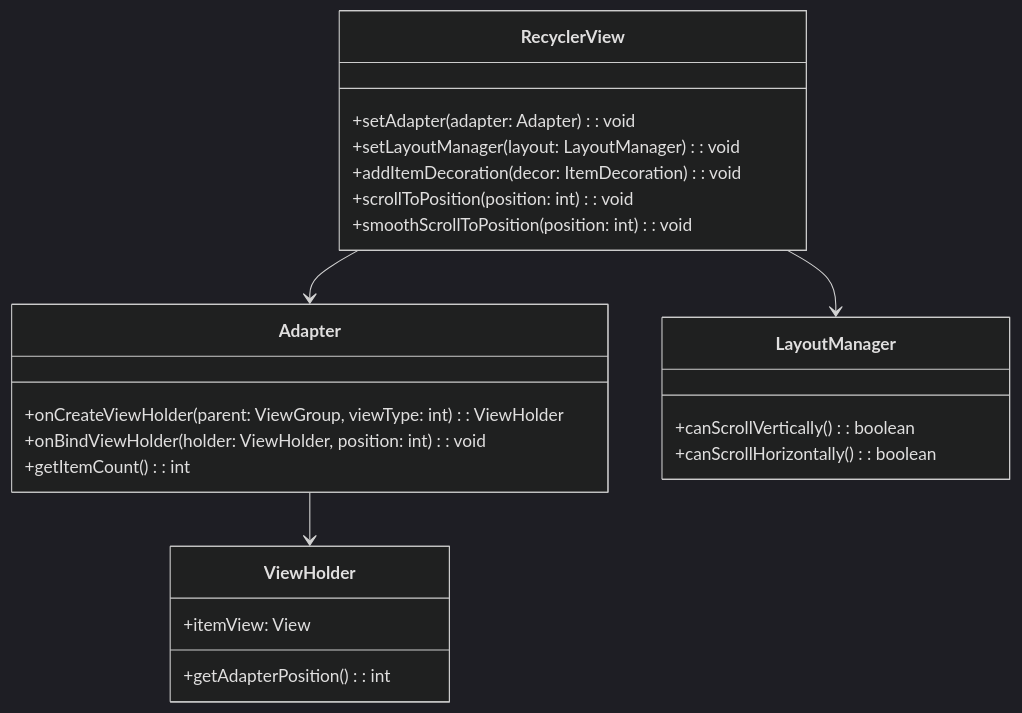
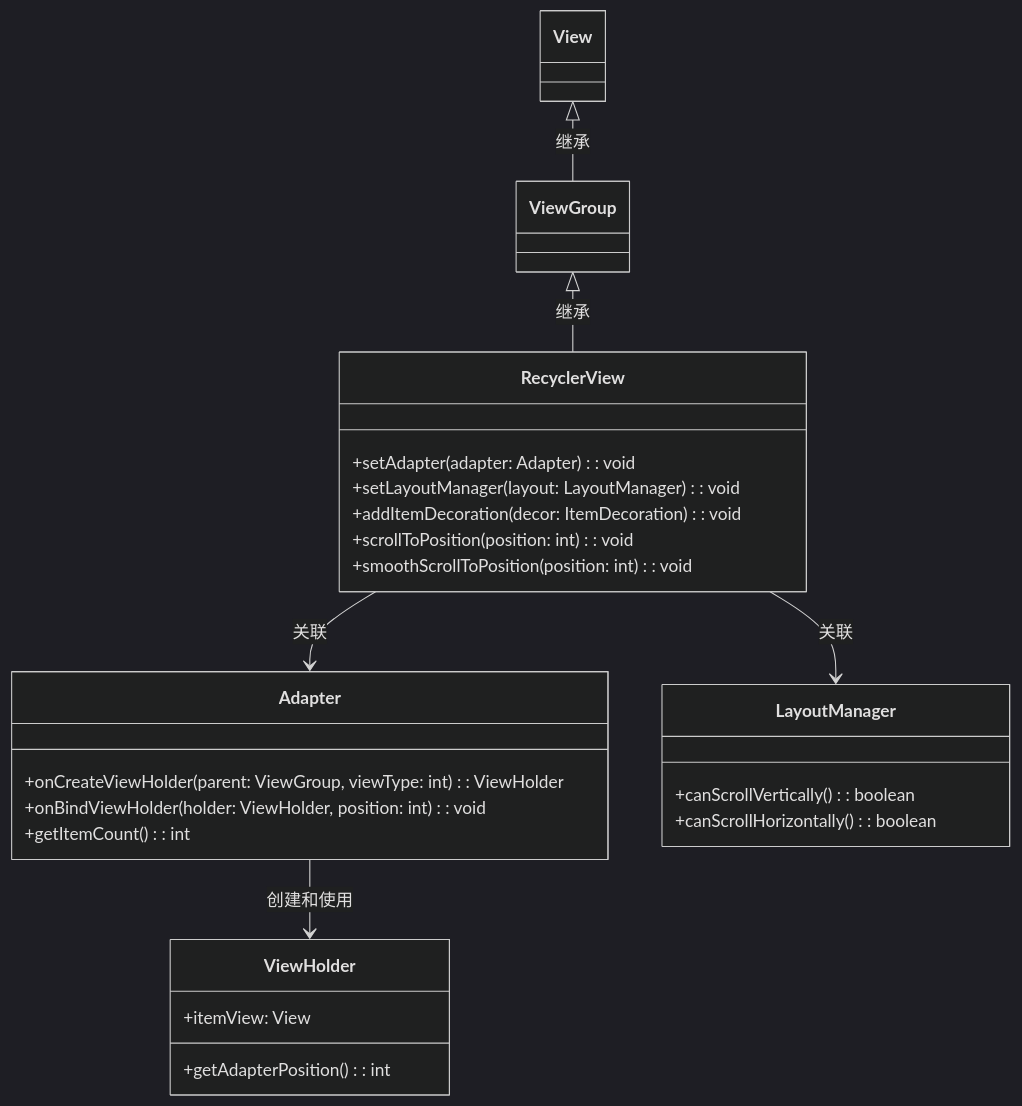
Before and after one commit to hyh19/ai: the diagram in prompts/android_kotlin_api_analysis_prompt_output.md, drawn with Mermaid (dark theme). The commit also changed other lines of this file and 1 other file, not shown here.

````diff
--- a/prompts/android_kotlin_api_analysis_prompt_output.md
+++ b/prompts/android_kotlin_api_analysis_prompt_output.md
@@ -26,30 +26,37 @@
 ```mermaid
-    classDiagram
-        class RecyclerView {
-            +setAdapter(adapter: Adapter): void
-            +setLayoutManager(layout: LayoutManager): void
-            +addItemDecoration(decor: ItemDecoration): void
-            +scrollToPosition(position: int): void
-            +smoothScrollToPosition(position: int): void
-        }
-        
-        class Adapter {
-            +onCreateViewHolder(parent: ViewGroup, viewType: int): ViewHolder
-            +onBindViewHolder(holder: ViewHolder, position: int): void
-            +getItemCount(): int
-        }
-        
-        class ViewHolder {
-            +itemView: View
-            +getAdapterPosition(): int
-        }
-        
-        class LayoutManager {
-            +canScrollVertically(): boolean
-            +canScrollHorizontally(): boolean
-        }
-        
-        RecyclerView --> Adapter
-        RecyclerView --> LayoutManager
-        Adapter --> ViewHolder
+classDiagram
+    class View
+    
+    class ViewGroup {
+    }
+    
+    class RecyclerView {
+        +setAdapter(adapter: Adapter): void
+        +setLayoutManager(layout: LayoutManager): void
+        +addItemDecoration(decor: ItemDecoration): void
+        +scrollToPosition(position: int): void
+        +smoothScrollToPosition(position: int): void
+    }
+    
+    class Adapter {
+        +onCreateViewHolder(parent: ViewGroup, viewType: int): ViewHolder
+        +onBindViewHolder(holder: ViewHolder, position: int): void
+        +getItemCount(): int
+    }
+    
+    class ViewHolder {
+        +itemView: View
+        +getAdapterPosition(): int
+    }
+    
+    class LayoutManager {
+        +canScrollVertically(): boolean
+        +canScrollHorizontally(): boolean
+    }
+    
+    View <|-- ViewGroup : 继承
+    ViewGroup <|-- RecyclerView : 继承
+    RecyclerView --> Adapter : 关联
+    RecyclerView --> LayoutManager : 关联
+    Adapter --> ViewHolder : 创建和使用
 ```
````
